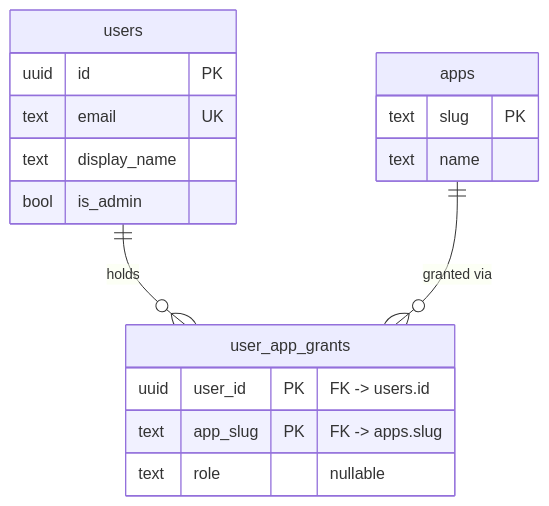
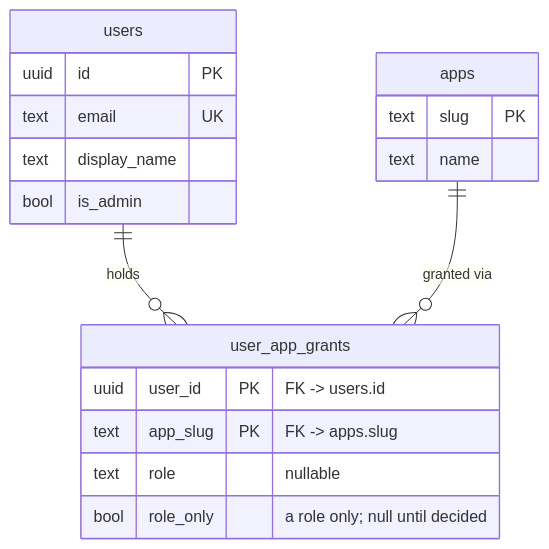
Before and after one commit to mixoshq/mixos: the second of 5 diagrams in docs/security-architecture.md, drawn with Mermaid. The commit also changed other lines of this file and 51 other files, not shown here.

````diff
--- a/docs/security-architecture.md
+++ b/docs/security-architecture.md
@@ -246,21 +246,22 @@
 ```mermaid
 erDiagram
     users ||--o{ user_app_grants : holds
     apps  ||--o{ user_app_grants : "granted via"
 
     users {
         uuid id PK
         text email UK
         text display_name
         bool is_admin
     }
     apps {
         text slug PK
         text name
     }
     user_app_grants {
         uuid user_id PK "FK -> users.id"
         text app_slug PK "FK -> apps.slug"
         text role "nullable"
+        bool role_only "a role only; null until decided"
     }
 ```
````
